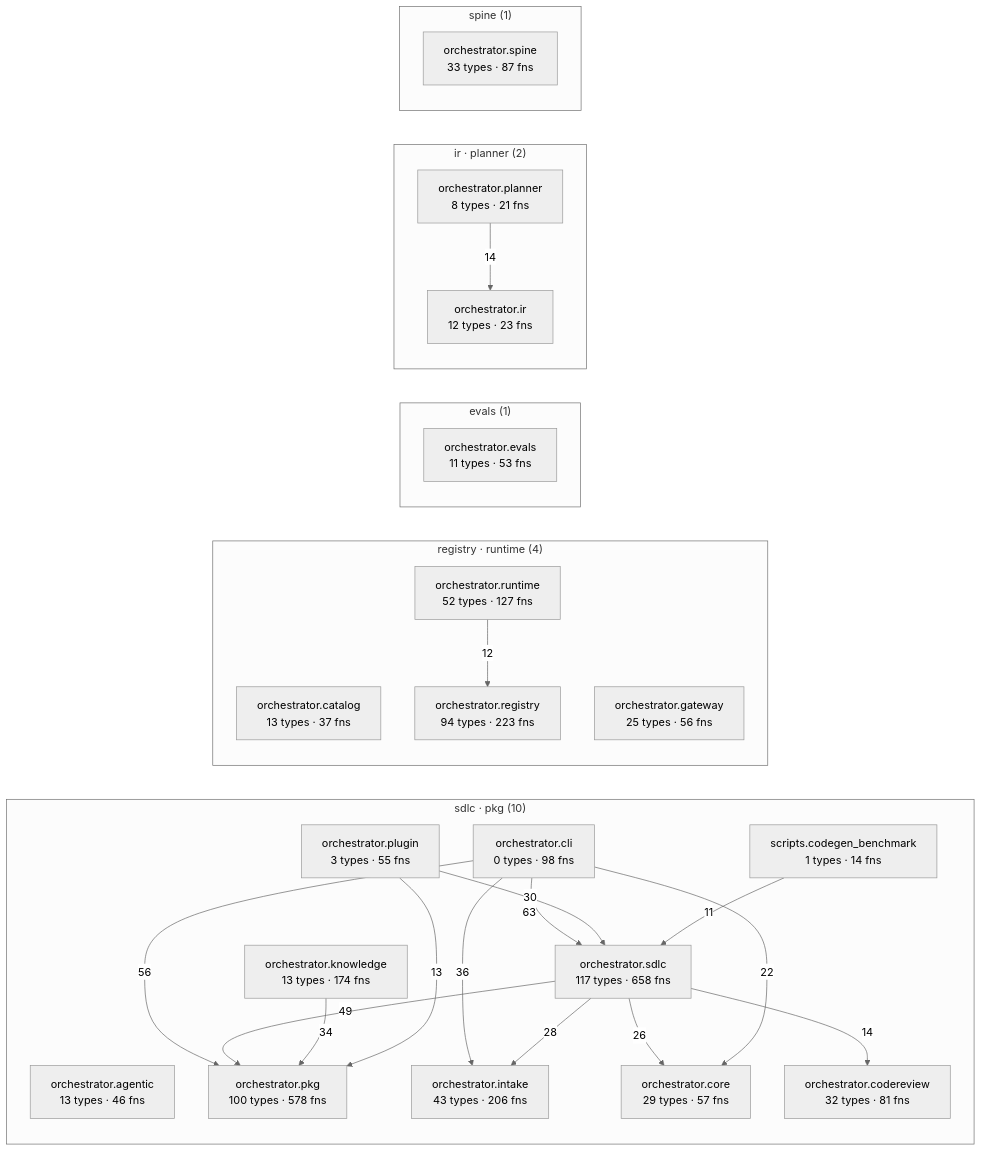
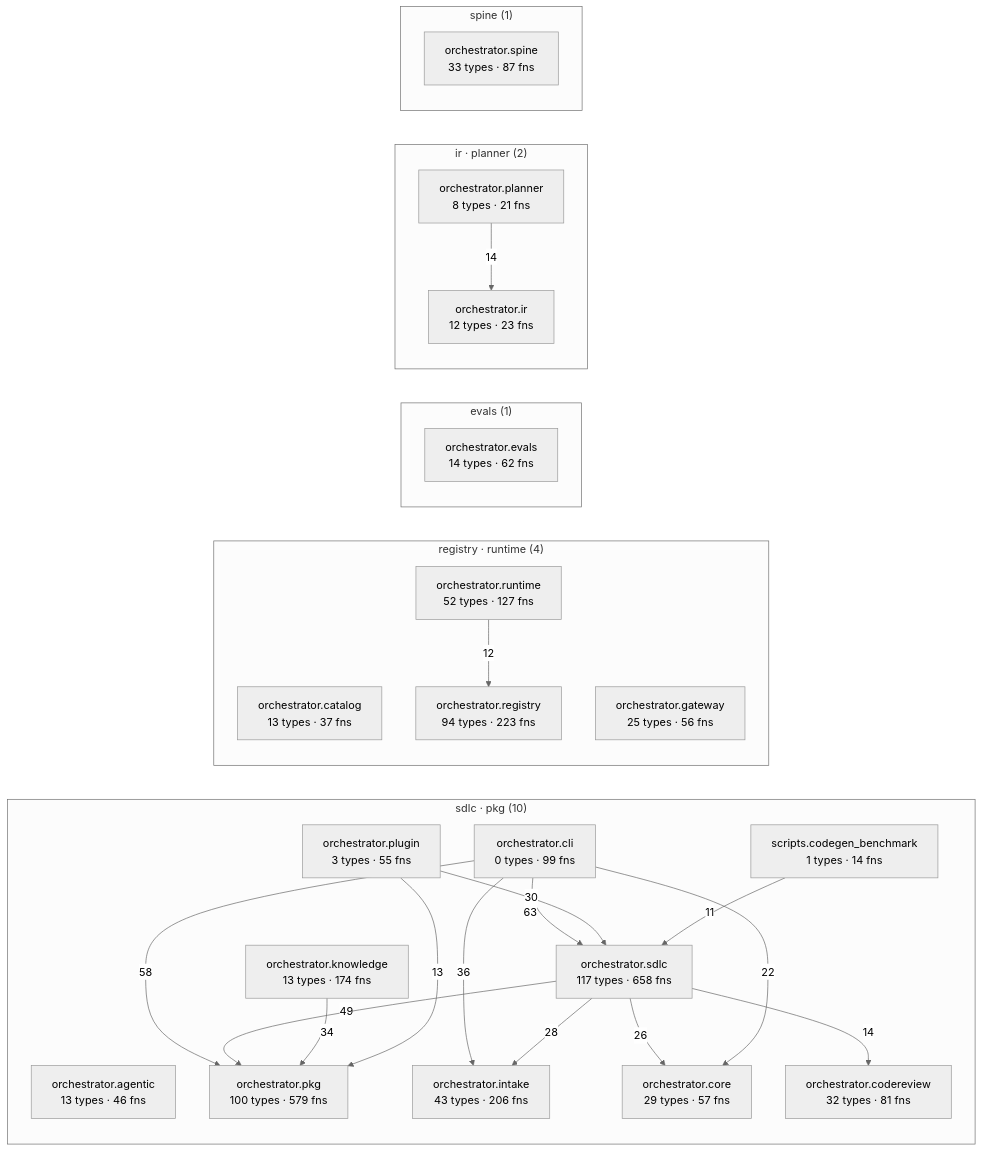
Before and after one commit to synaptixs/spine: the diagram in episteme/architecture.md, drawn with Mermaid (neutral theme). The commit also changed other lines of this file and 14 other files, not shown here.

````diff
--- a/episteme/architecture.md
+++ b/episteme/architecture.md
@@ -54,45 +54,45 @@
 ```mermaid
 flowchart LR
   subgraph c_1["sdlc · pkg (10)"]
     aorchestratoragentic["orchestrator.agentic<br/>13 types · 46 fns"]
-    aorchestratorcli["orchestrator.cli<br/>0 types · 98 fns"]
+    aorchestratorcli["orchestrator.cli<br/>0 types · 99 fns"]
     aorchestratorcodereview["orchestrator.codereview<br/>32 types · 81 fns"]
     aorchestratorcore["orchestrator.core<br/>29 types · 57 fns"]
     aorchestratorintake["orchestrator.intake<br/>43 types · 206 fns"]
     aorchestratorknowledge["orchestrator.knowledge<br/>13 types · 174 fns"]
-    aorchestratorpkg["orchestrator.pkg<br/>100 types · 578 fns"]
+    aorchestratorpkg["orchestrator.pkg<br/>100 types · 579 fns"]
     aorchestratorplugin["orchestrator.plugin<br/>3 types · 55 fns"]
     aorchestratorsdlc["orchestrator.sdlc<br/>117 types · 658 fns"]
     ascriptscodegenbenchmark["scripts.codegen_benchmark<br/>1 types · 14 fns"]
   end
   subgraph c_3["registry · runtime (4)"]
     aorchestratorcatalog["orchestrator.catalog<br/>13 types · 37 fns"]
     aorchestratorgateway["orchestrator.gateway<br/>25 types · 56 fns"]
     aorchestratorregistry["orchestrator.registry<br/>94 types · 223 fns"]
     aorchestratorruntime["orchestrator.runtime<br/>52 types · 127 fns"]
   end
   subgraph c_5["evals (1)"]
-    aorchestratorevals["orchestrator.evals<br/>11 types · 53 fns"]
+    aorchestratorevals["orchestrator.evals<br/>14 types · 62 fns"]
   end
   subgraph c_7["ir · planner (2)"]
     aorchestratorir["orchestrator.ir<br/>12 types · 23 fns"]
     aorchestratorplanner["orchestrator.planner<br/>8 types · 21 fns"]
   end
   subgraph c_10["spine (1)"]
     aorchestratorspine["orchestrator.spine<br/>33 types · 87 fns"]
   end
   aorchestratorcli -->|63| aorchestratorsdlc
-  aorchestratorcli -->|56| aorchestratorpkg
+  aorchestratorcli -->|58| aorchestratorpkg
   aorchestratorsdlc -->|49| aorchestratorpkg
   aorchestratorcli -->|36| aorchestratorintake
   aorchestratorknowledge -->|34| aorchestratorpkg
   aorchestratorplugin -->|30| aorchestratorsdlc
   aorchestratorsdlc -->|28| aorchestratorintake
   aorchestratorsdlc -->|26| aorchestratorcore
   aorchestratorcli -->|22| aorchestratorcore
   aorchestratorplanner -->|14| aorchestratorir
   aorchestratorsdlc -->|14| aorchestratorcodereview
   aorchestratorplugin -->|13| aorchestratorpkg
   aorchestratorruntime -->|12| aorchestratorregistry
   ascriptscodegenbenchmark -->|11| aorchestratorsdlc
 ```
````
